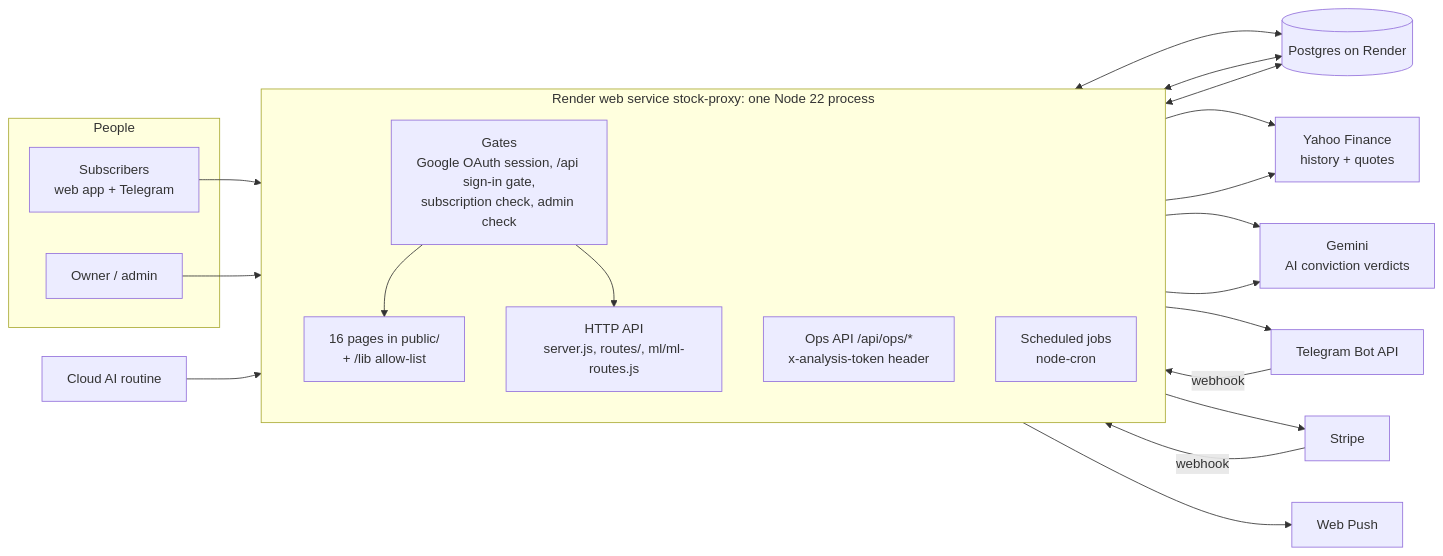
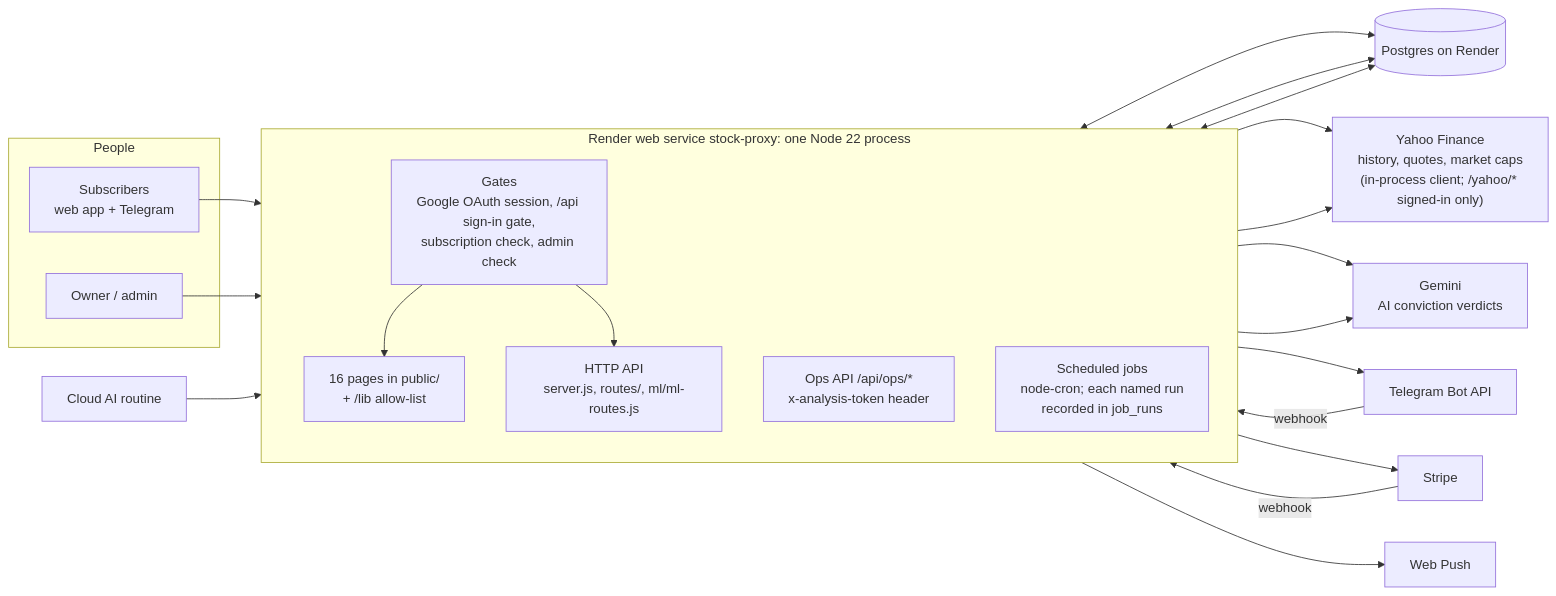
Before and after one commit to ketanswebsite/signalforge: the first of 2 diagrams in README.md, drawn with Mermaid. The commit also changed other lines of this file and 17 other files, not shown here.

````diff
--- a/README.md
+++ b/README.md
@@ -241,40 +242,40 @@
 ```mermaid
 flowchart LR
   subgraph People
     U["Subscribers<br/>web app + Telegram"]
     O["Owner / admin"]
   end
   subgraph Render["Render web service stock-proxy: one Node 22 process"]
     direction TB
     G["Gates<br/>Google OAuth session, /api sign-in gate,<br/>subscription check, admin check"]
     PG["16 pages in public/<br/>+ /lib allow-list"]
     API["HTTP API<br/>server.js, routes/, ml/ml-routes.js"]
     OPS["Ops API /api/ops/*<br/>x-analysis-token header"]
-    J["Scheduled jobs<br/>node-cron"]
+    J["Scheduled jobs<br/>node-cron; each named run<br/>recorded in job_runs"]
   end
   DB[("Postgres on Render")]
-  Y["Yahoo Finance<br/>history + quotes"]
+  Y["Yahoo Finance<br/>history, quotes, market caps<br/>(in-process client; /yahoo/* signed-in only)"]
   AI["Gemini<br/>AI conviction verdicts"]
   T["Telegram Bot API"]
   S["Stripe"]
   W["Web Push"]
   R["Cloud AI routine"]
 
   U --> G
   O --> G
   G --> PG
   G --> API
   R --> OPS
   API <--> DB
   OPS <--> DB
   J <--> DB
   API --> Y
   J --> Y
   API --> AI
   J --> AI
   J --> T
   T -- "webhook" --> API
   API --> S
   S -- "webhook" --> API
   J --> W
 ```
````
